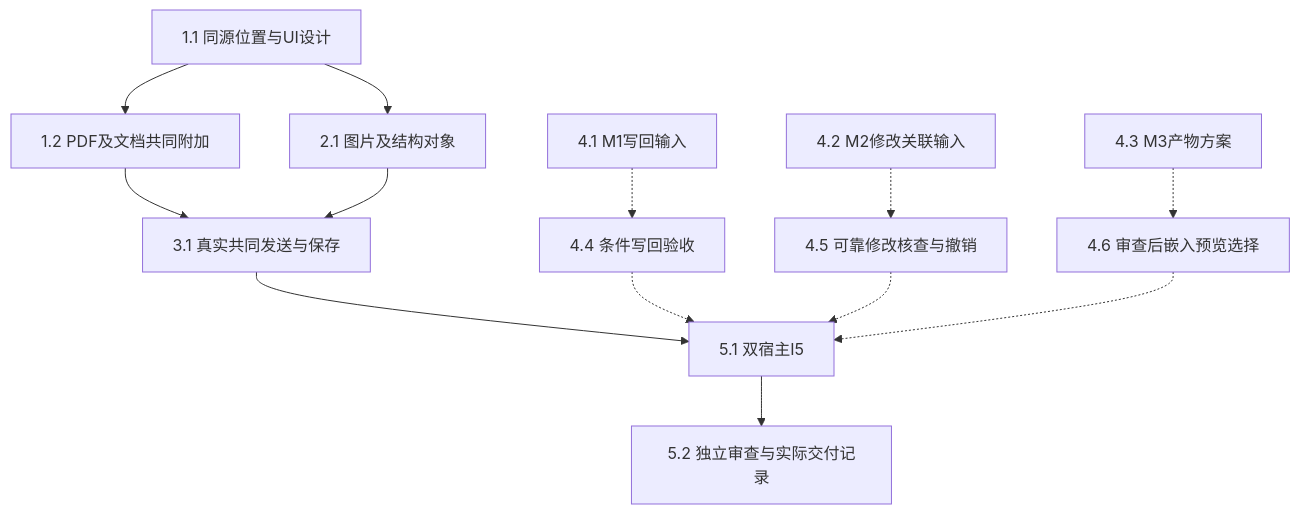
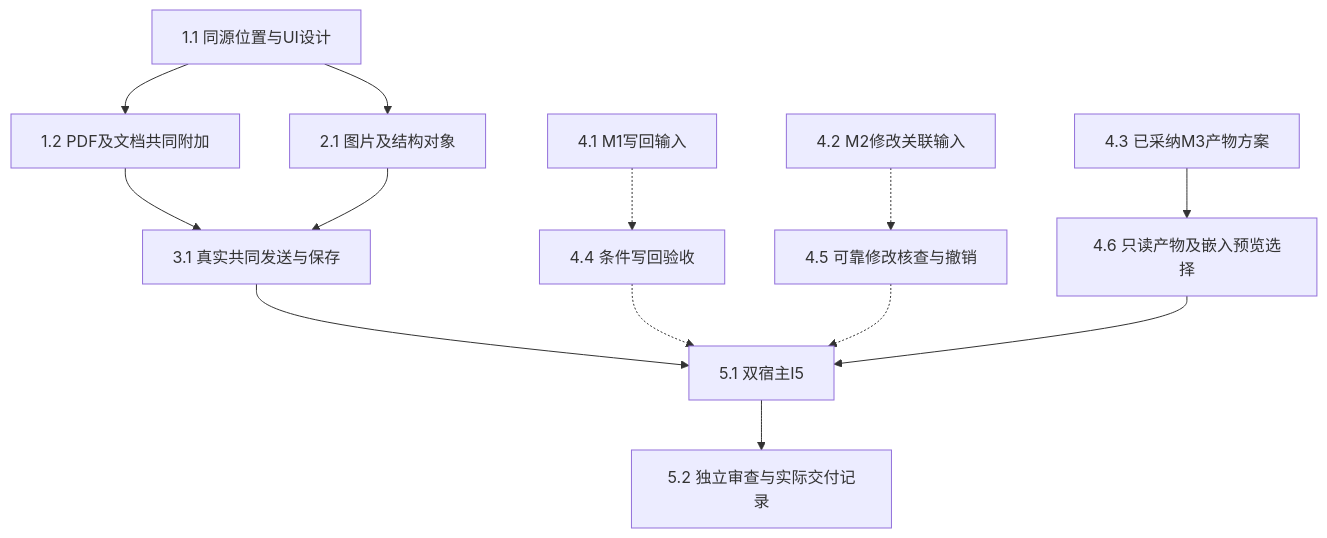
The diagram in openspec/changes/add-material-annotation-interactions/tasks.md (leike0813/Scholoom), drawn with Mermaid before and after one commit. The commit also changed other lines of this file and 46 other files, not shown here.

````diff
--- a/openspec/changes/add-material-annotation-interactions/tasks.md
+++ b/openspec/changes/add-material-annotation-interactions/tasks.md
@@ -5,15 +7,15 @@
 ```mermaid
 flowchart TD
   T11[1.1 同源位置与UI设计] --> T12[1.2 PDF及文档共同附加]
   T11 --> T21[2.1 图片及结构对象]
   T12 --> T31[3.1 真实共同发送与保存]
   T21 --> T31
   T41[4.1 M1写回输入] -.-> T44[4.4 条件写回验收]
   T42[4.2 M2修改关联输入] -.-> T45[4.5 可靠修改核查与撤销]
-  T43[4.3 M3产物方案] -.-> T46[4.6 审查后嵌入预览选择]
+  T43[4.3 已采纳M3产物方案] --> T46[4.6 只读产物及嵌入预览选择]
   T31 --> T51[5.1 双宿主I5]
   T44 -.-> T51
   T45 -.-> T51
-  T46 -.-> T51
+  T46 --> T51
   T51 --> T52[5.2 独立审查与实际交付记录]
 ```
````
